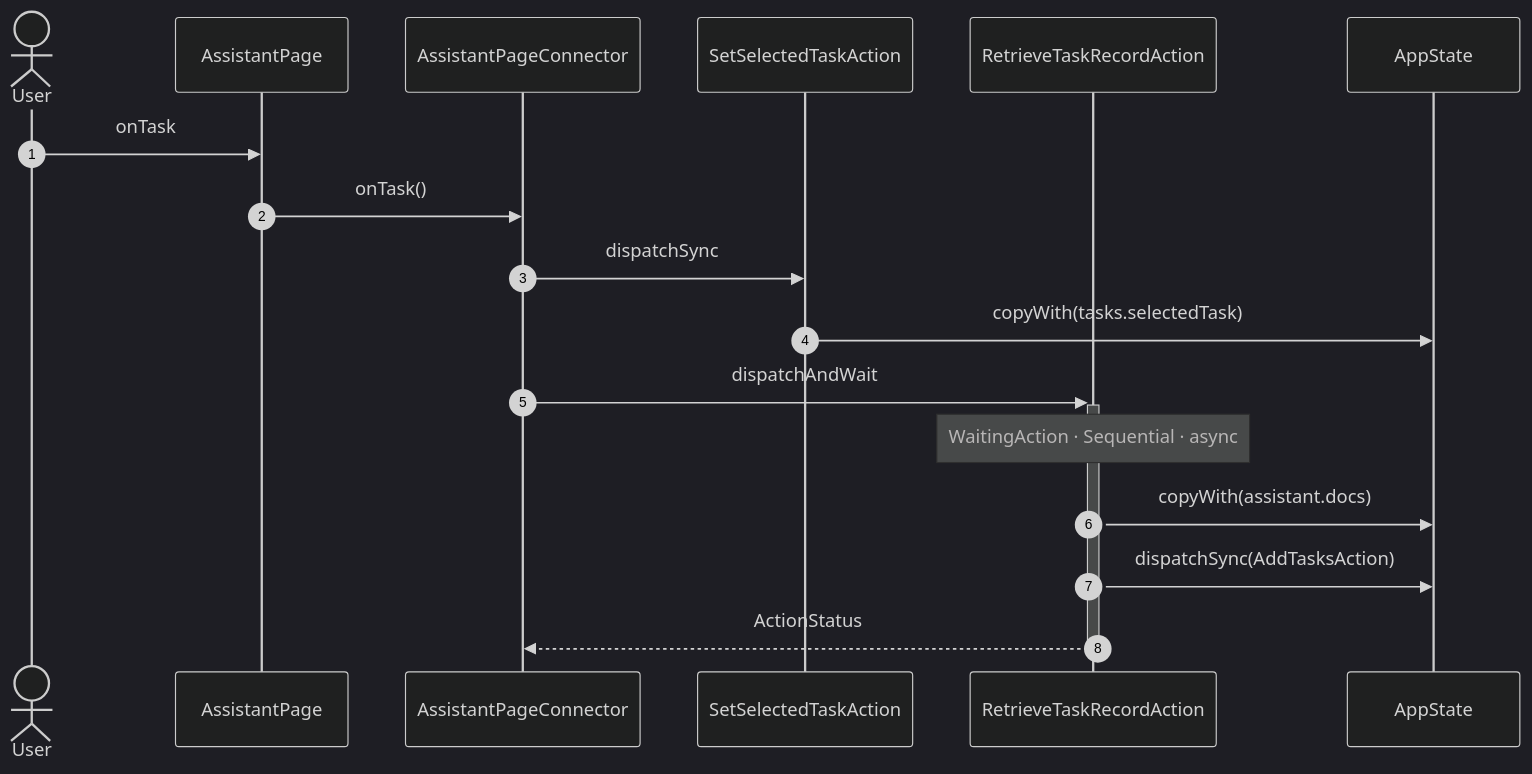
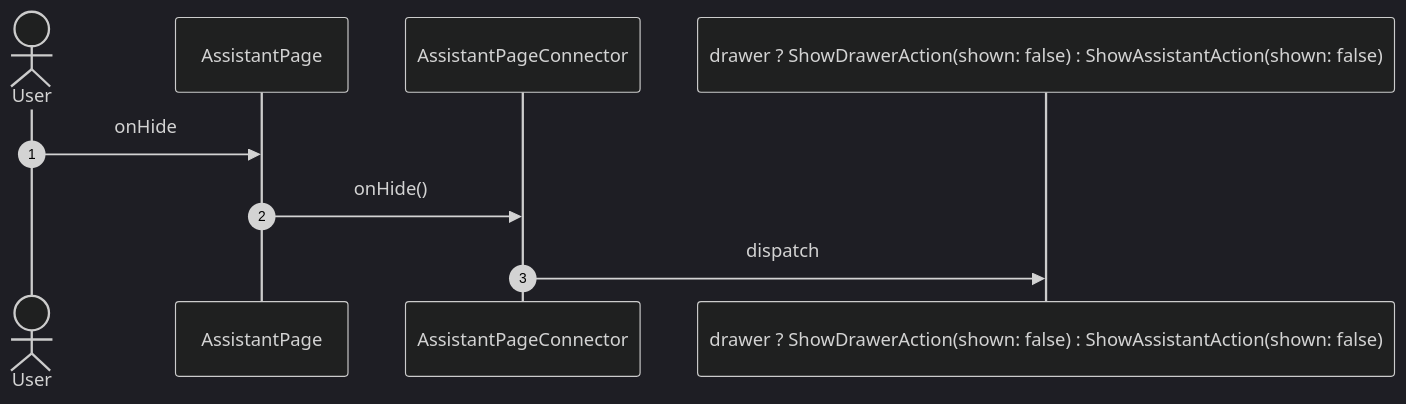
One commit to gencto/wyrm changed diagram 18 of 23 in studio/docs/flows/assistant.md. Above: the diagram before and after it, drawn with Mermaid (dark theme). The commit also changed other lines of this file and 94 other files, not shown here.

First line of the commit message:
studio: assistant: typed wire, words in ui, one action per intent

````diff
--- a/studio/docs/flows/assistant.md
+++ b/studio/docs/flows/assistant.md
@@ -409,20 +333,12 @@
 ```mermaid
 sequenceDiagram
     autonumber
     actor User
     participant UI as AssistantPage
     participant VM as AssistantPageConnector
-    participant A1 as SetSelectedTaskAction
-    participant A2 as RetrieveTaskRecordAction
-    participant ST as AppState
+    participant A1 as drawer ? ShowDrawerAction(shown: false) : ShowAssistantAction(shown: false)
 
-    User->>UI: onTask
-    UI->>VM: onTask()
-    VM->>A1: dispatchSync
-    A1->>ST: copyWith(tasks.selectedTask)
-    VM->>+A2: dispatchAndWait
-    Note over A2: WaitingAction · Sequential · async
-    A2->>ST: copyWith(assistant.docs)
-    A2->>ST: dispatchSync(AddTasksAction)
-    A2-->>-VM: ActionStatus
+    User->>UI: onHide
+    UI->>VM: onHide()
+    VM->>A1: dispatch
 ```
````
